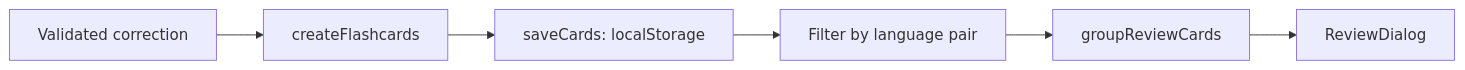
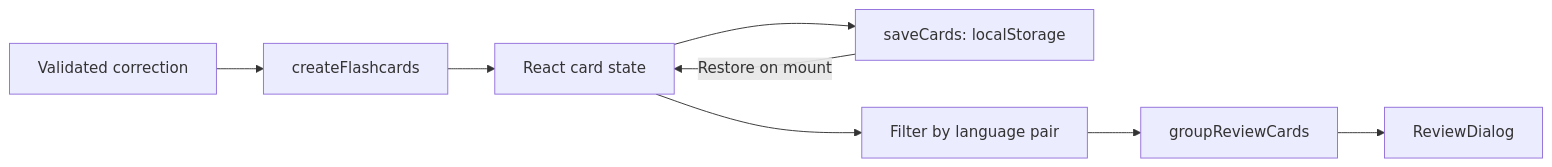
Before and after one commit to Yvesei/LangBot: the fourth of 4 diagrams in README.md, drawn with Mermaid. The commit also changed other lines of this file and 2 other files, not shown here.

Commit message:
Expand Mermaid documentation and remove unused diagram assets

````diff
--- a/README.md
+++ b/README.md
@@ -169,8 +225,10 @@
 ```mermaid
 flowchart LR
     Result["Validated correction"] --> Cards["createFlashcards"]
-    Cards --> Store["saveCards: localStorage"]
-    Store --> Filter["Filter by language pair"]
+    Cards --> State["React card state"]
+    State --> Store["saveCards: localStorage"]
+    Store -->|Restore on mount| State
+    State --> Filter["Filter by language pair"]
     Filter --> Groups["groupReviewCards"]
     Groups --> Review["ReviewDialog"]
 ```
````
